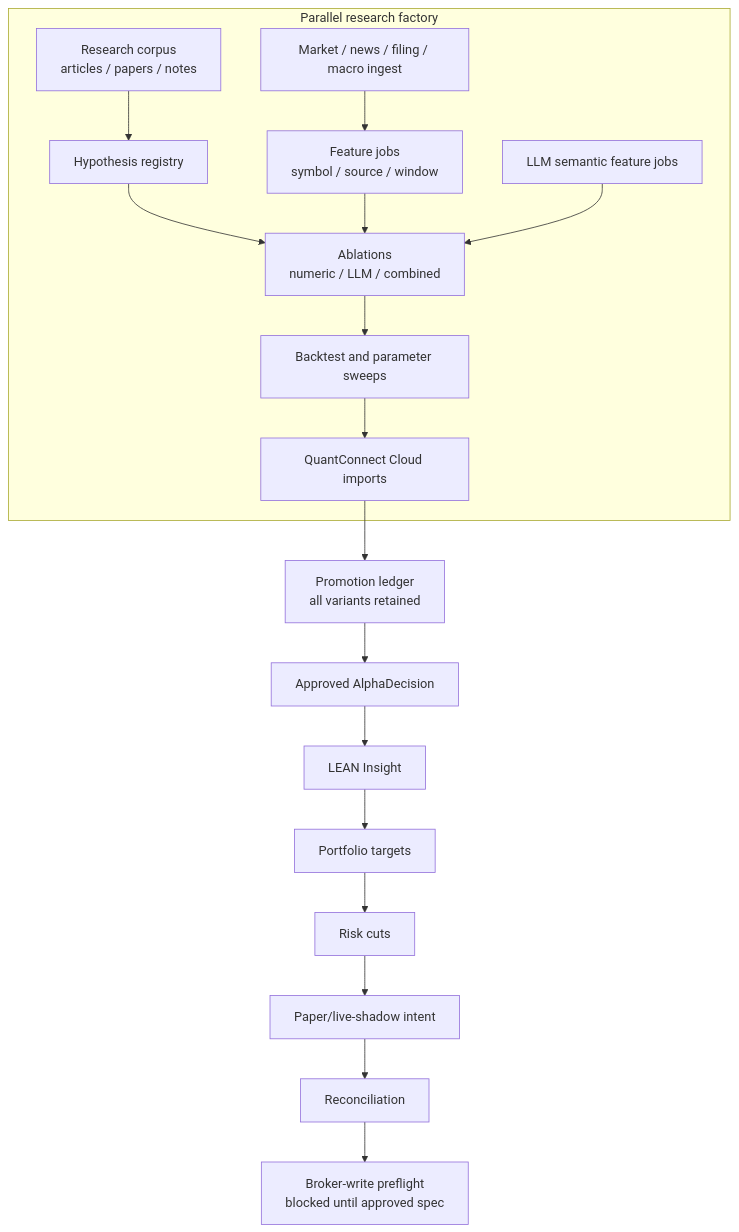
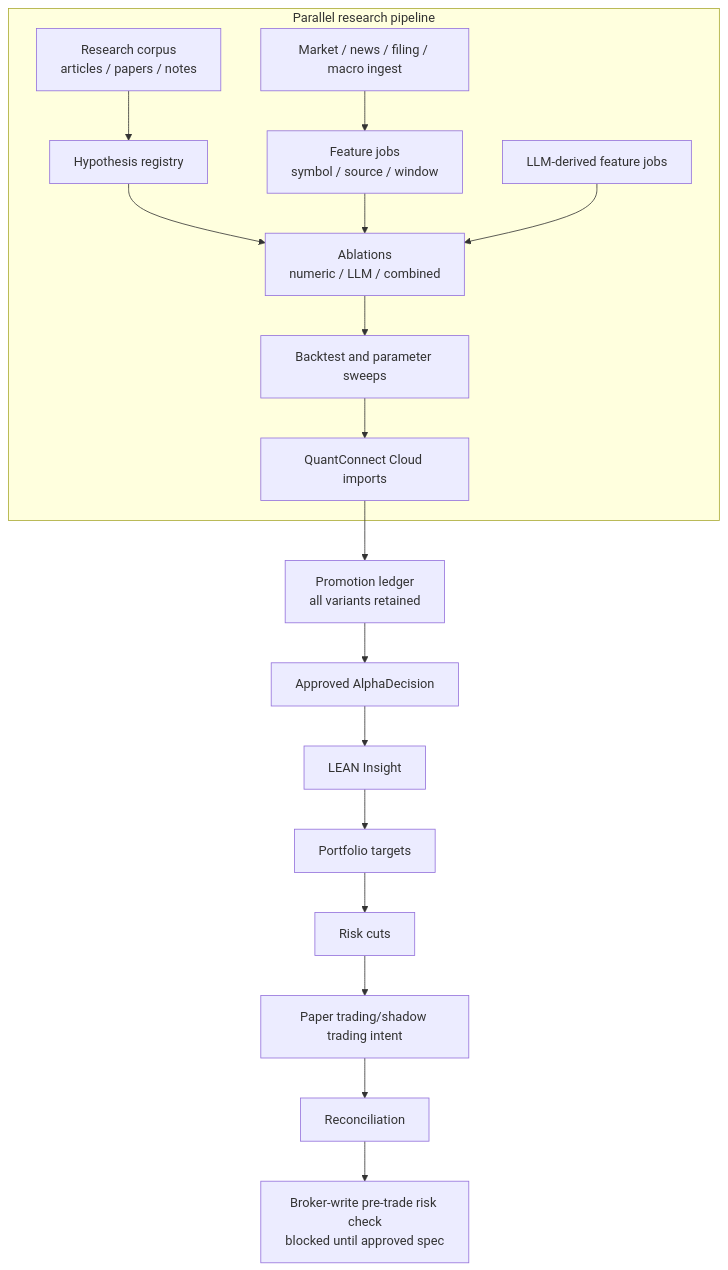
Before and after one commit to gigio1023/lincei-quant-research-engine: the first of 2 diagrams in README.md, drawn with Mermaid. The commit also changed other lines of this file and 83 other files, not shown here.

````diff
--- a/README.md
+++ b/README.md
@@ -38,30 +38,30 @@
 ```mermaid
 flowchart TB
-    subgraph PAR["Parallel research factory"]
+    subgraph PAR["Parallel research pipeline"]
         CORPUS["Research corpus<br/>articles / papers / notes"]
         HYP["Hypothesis registry"]
         DATA["Market / news / filing / macro ingest"]
         FEAT["Feature jobs<br/>symbol / source / window"]
-        LLM["LLM semantic feature jobs"]
+        LLM["LLM-derived feature jobs"]
         ABL["Ablations<br/>numeric / LLM / combined"]
         BT["Backtest and parameter sweeps"]
         CLOUD["QuantConnect Cloud imports"]
     end
 
     CORPUS --> HYP
     DATA --> FEAT
     HYP --> ABL
     FEAT --> ABL
     LLM --> ABL
     ABL --> BT
     BT --> CLOUD
 
     CLOUD --> LEDGER["Promotion ledger<br/>all variants retained"]
     LEDGER --> ALPHA["Approved AlphaDecision"]
     ALPHA --> LEAN["LEAN Insight"]
     LEAN --> TARGET["Portfolio targets"]
     TARGET --> RISK["Risk cuts"]
-    RISK --> PAPER["Paper/live-shadow intent"]
+    RISK --> PAPER["Paper trading/shadow trading intent"]
     PAPER --> RECON["Reconciliation"]
-    RECON --> PREFLIGHT["Broker-write preflight<br/>blocked until approved spec"]
+    RECON --> PREFLIGHT["Broker-write pre-trade risk check<br/>blocked until approved spec"]
 ```
````
